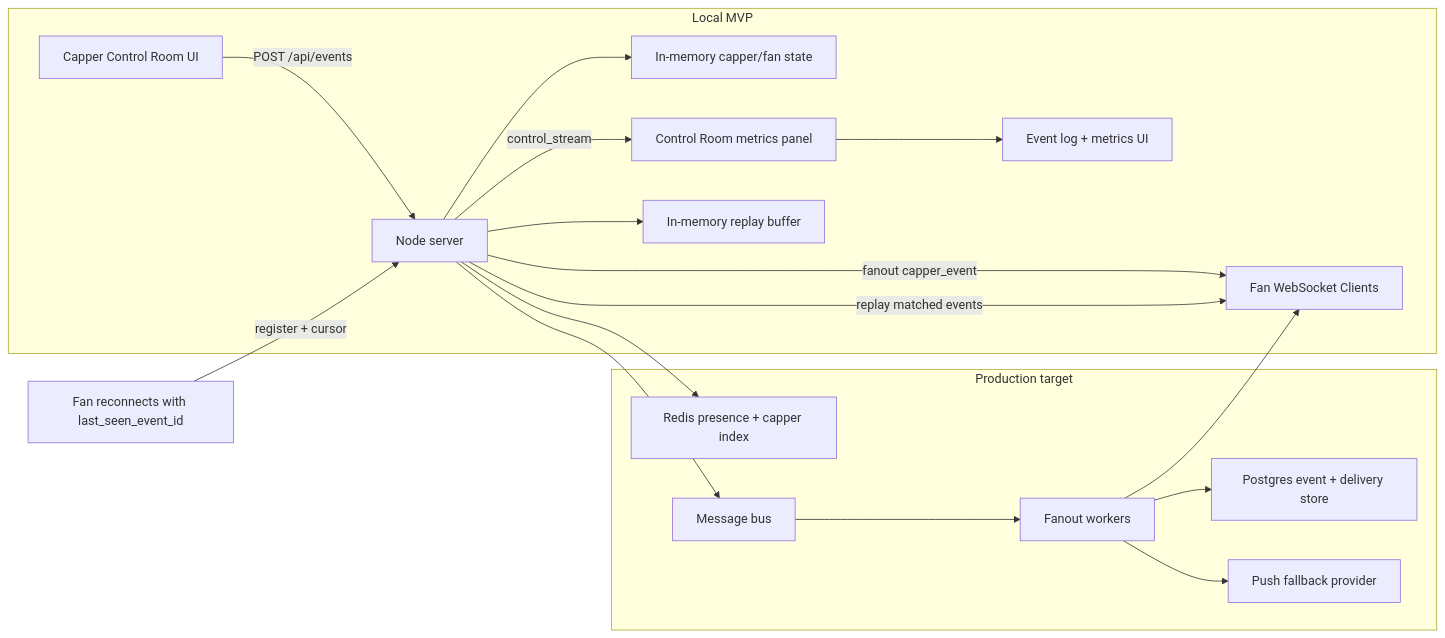
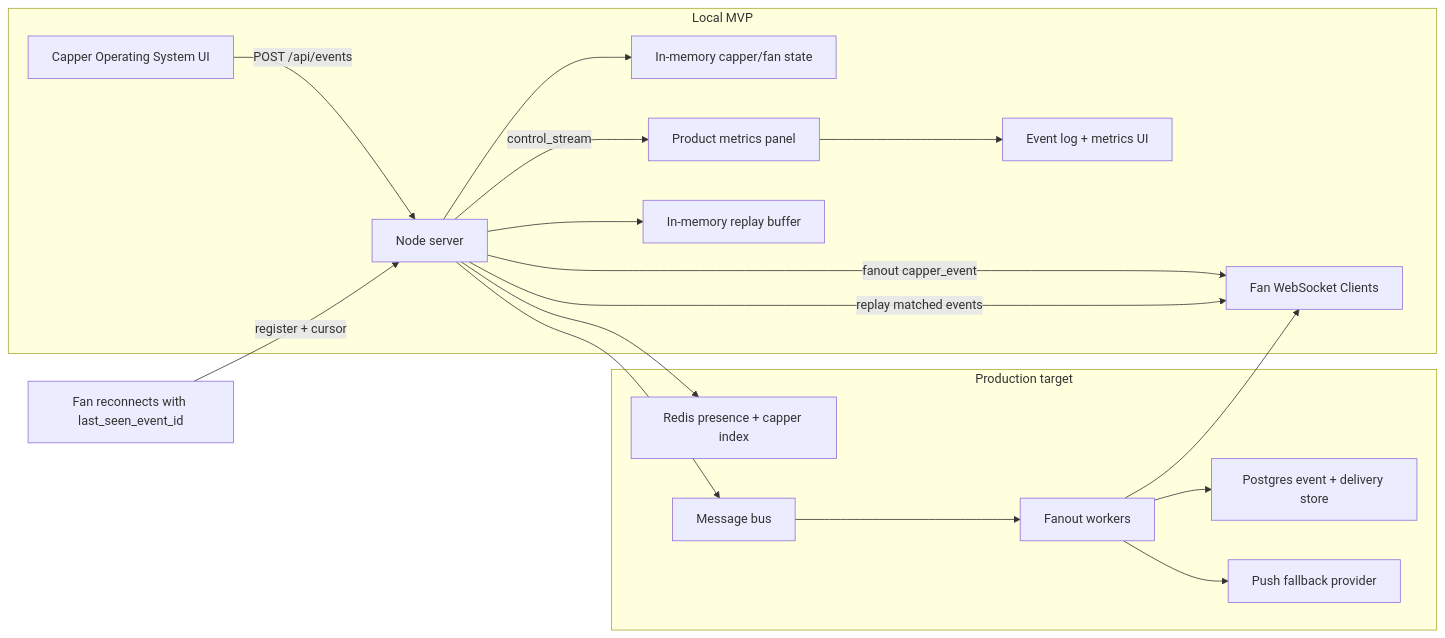
Before and after one commit to developwithJB/dubclub-realtime-notifications: the diagram in README.md, drawn with Mermaid. The commit also changed other lines of this file and 6 other files, not shown here.

````diff
--- a/README.md
+++ b/README.md
@@ -192,23 +204,23 @@
 ```mermaid
 flowchart LR
   subgraph Local MVP
-    A[Capper Control Room UI] -->|POST /api/events| B[Node server]
+    A[Capper Operating System UI] -->|POST /api/events| B[Node server]
     B --> C[In-memory capper/fan state]
     B -->|fanout capper_event| D[Fan WebSocket Clients]
-    B -->|control_stream| E[Control Room metrics panel]
+    B -->|control_stream| E[Product metrics panel]
     B --> F[In-memory replay buffer]
     E --> G[Event log + metrics UI]
   end
 
   A2[Fan reconnects with last_seen_event_id] -->|register + cursor| B
   B -->|replay matched events| D
 
   subgraph Production target
     B --> H[Redis presence + capper index]
     B --> I[Message bus]
     I --> J[Fanout workers]
     J --> D
     J --> K[Postgres event + delivery store]
     J --> L[Push fallback provider]
   end
 ```
````
